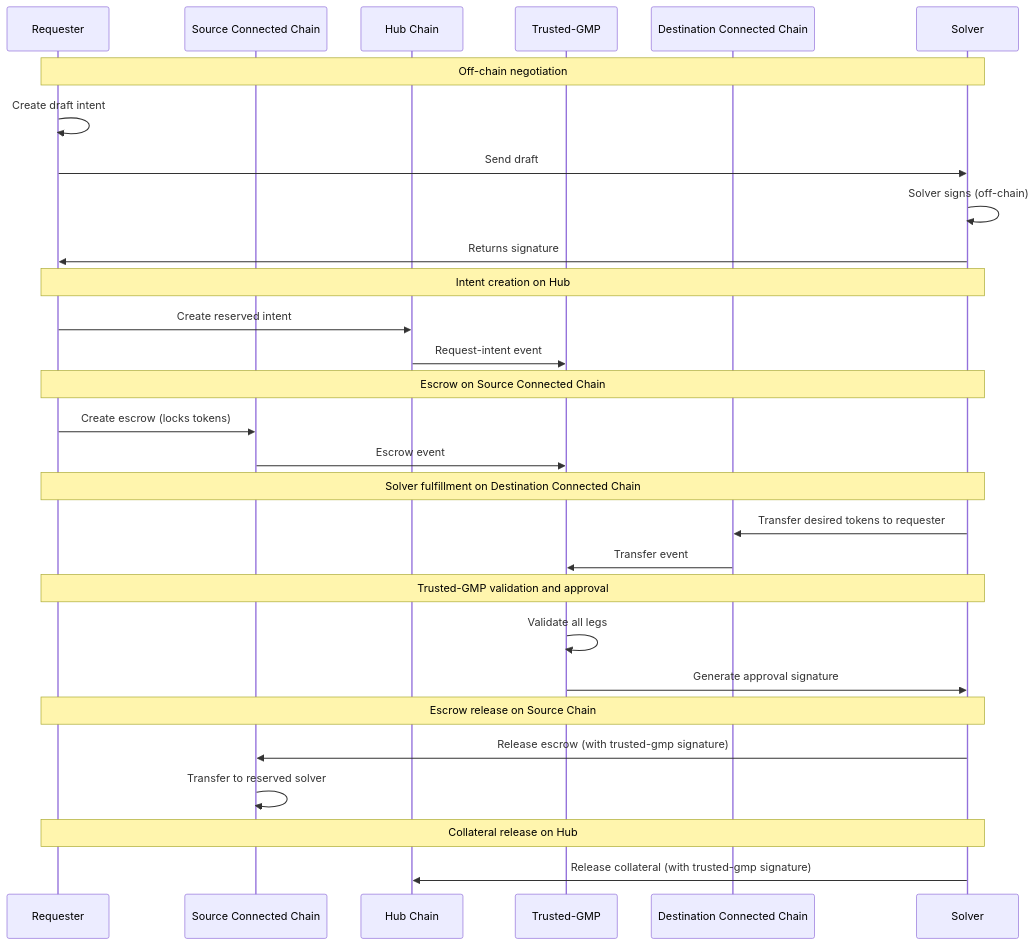
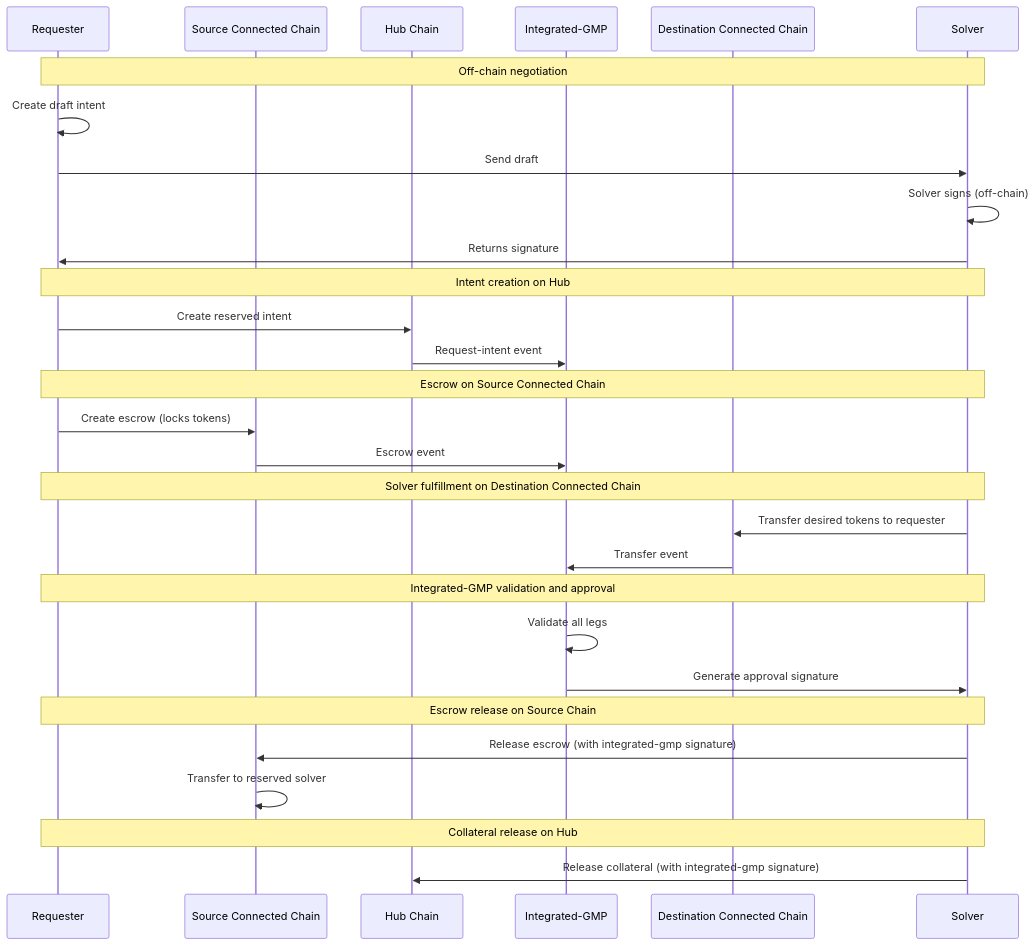
Before and after one commit to MoveIndustries/int3nts: the diagram in docs/architecture/conception/conception_routerflow.md, drawn with Mermaid. The commit also changed other lines of this file and 242 other files, not shown here.

Commit message:
refact: rename native/trusted gmp to integrated

````diff
--- a/docs/architecture/conception/conception_routerflow.md
+++ b/docs/architecture/conception/conception_routerflow.md
@@ -15,38 +15,38 @@
 ```mermaid
 sequenceDiagram
     participant Requester
     participant SourceChain as Source Connected Chain
     participant Hub as Hub Chain
-    participant TrustedGMP as Trusted-GMP
+    participant TrustedGMP as Integrated-GMP
     participant DestChain as Destination Connected Chain
     participant Solver
 
     Note over Requester,Solver: Off-chain negotiation
     Requester->>Requester: Create draft intent
     Requester->>Solver: Send draft
     Solver->>Solver: Solver signs (off-chain)
     Solver->>Requester: Returns signature
 
     Note over Requester,Solver: Intent creation on Hub
     Requester->>Hub: Create reserved intent
     Hub->>TrustedGMP: Request-intent event
 
     Note over Requester,Solver: Escrow on Source Connected Chain
     Requester->>SourceChain: Create escrow (locks tokens)
     SourceChain->>TrustedGMP: Escrow event
 
     Note over Requester,Solver: Solver fulfillment on Destination Connected Chain
     Solver->>DestChain: Transfer desired tokens to requester
     DestChain->>TrustedGMP: Transfer event
 
-    Note over Requester,Solver: Trusted-GMP validation and approval
+    Note over Requester,Solver: Integrated-GMP validation and approval
     TrustedGMP->>TrustedGMP: Validate all legs
     TrustedGMP->>Solver: Generate approval signature
 
     Note over Requester,Solver: Escrow release on Source Chain
-    Solver->>SourceChain: Release escrow (with trusted-gmp signature)
+    Solver->>SourceChain: Release escrow (with integrated-gmp signature)
     SourceChain->>SourceChain: Transfer to reserved solver
 
     Note over Requester,Solver: Collateral release on Hub
-    Solver->>Hub: Release collateral (with trusted-gmp signature)
+    Solver->>Hub: Release collateral (with integrated-gmp signature)
 ```
````
